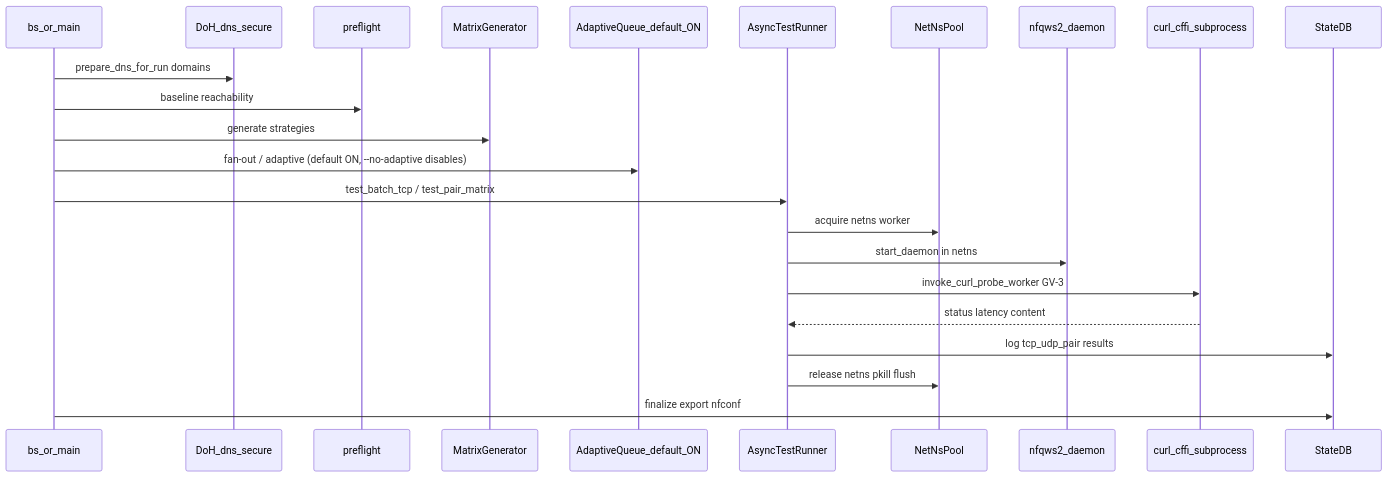
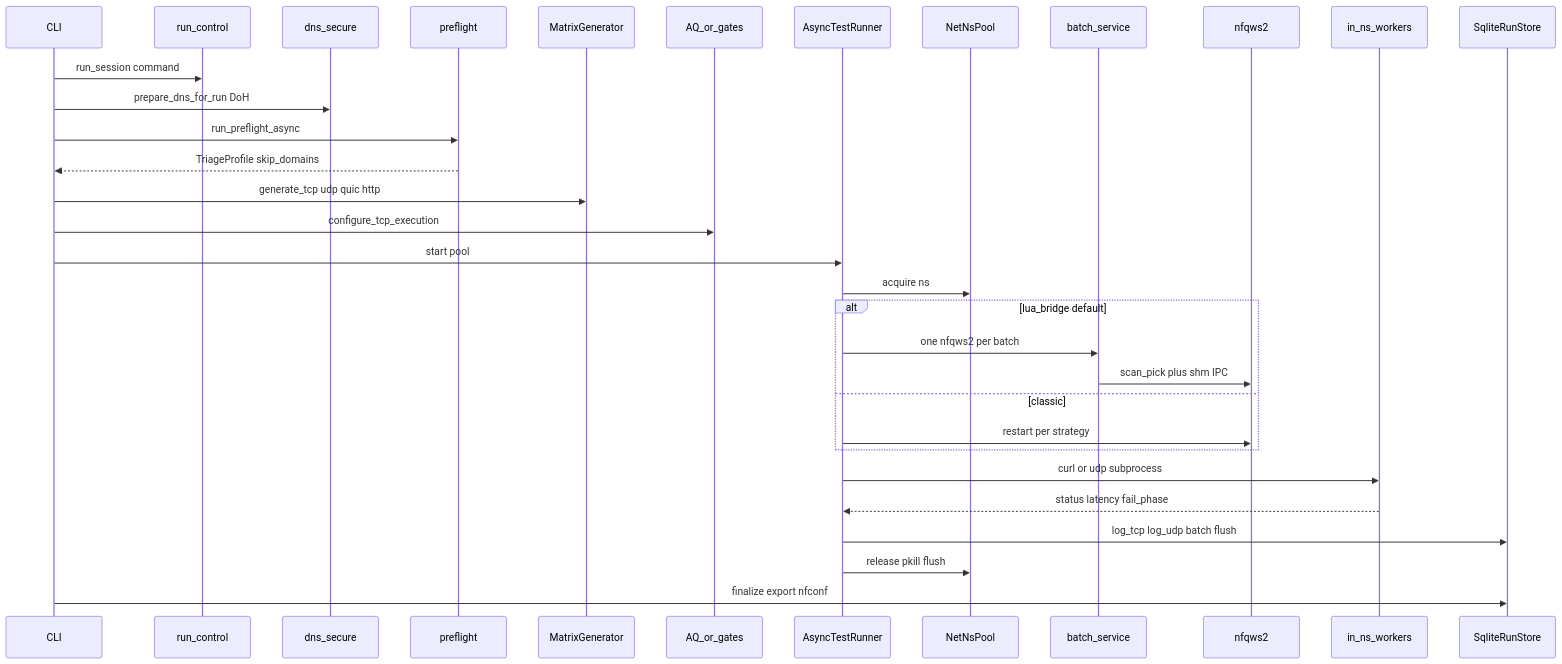
Before and after one commit to zhoel-sherk/blockcheckS: the second of 7 diagrams in docs/architecture.md, drawn with Mermaid. The commit also changed other lines of this file and 79 other files, not shown here.

````diff
--- a/docs/architecture.md
+++ b/docs/architecture.md
@@ -7,26 +101,35 @@
 ```mermaid
 sequenceDiagram
-  participant CLI as bs_or_main
-  participant DNS as DoH_dns_secure
+  participant CLI as CLI
+  participant Lock as run_control
+  participant DNS as dns_secure
   participant PF as preflight
   participant MG as MatrixGenerator
-  participant AQ as AdaptiveQueue_default_ON
+  participant Sched as AQ_or_gates
   participant AR as AsyncTestRunner
-  participant NP as NetNsPool
-  participant NFQ as nfqws2_daemon
-  participant CURL as curl_cffi_subprocess
-  participant DB as StateDB
+  participant Pool as NetNsPool
+  participant Batch as batch_service
+  participant NFQ as nfqws2
+  participant W as in_ns_workers
+  participant DB as SqliteRunStore
 
-  CLI->>DNS: prepare_dns_for_run domains
-  CLI->>PF: baseline reachability
-  CLI->>MG: generate strategies
-  CLI->>AQ: fan-out / adaptive (default ON, --no-adaptive disables)
-  CLI->>AR: test_batch_tcp / test_pair_matrix
-  AR->>NP: acquire netns worker
-  AR->>NFQ: start_daemon in netns
-  AR->>CURL: invoke_curl_probe_worker GV-3
-  CURL-->>AR: status latency content
-  AR->>DB: log tcp_udp_pair results
-  AR->>NP: release netns pkill flush
+  CLI->>Lock: run_session command
+  CLI->>DNS: prepare_dns_for_run DoH
+  CLI->>PF: run_preflight_async
+  PF-->>CLI: TriageProfile skip_domains
+  CLI->>MG: generate_tcp udp quic http
+  CLI->>Sched: configure_tcp_execution
+  CLI->>AR: start pool
+  AR->>Pool: acquire ns
+  alt lua_bridge default
+    AR->>Batch: one nfqws2 per batch
+    Batch->>NFQ: scan_pick plus shm IPC
+  else classic
+    AR->>NFQ: restart per strategy
+  end
+  AR->>W: curl or udp subprocess
+  W-->>AR: status latency fail_phase
+  AR->>DB: log_tcp log_udp batch flush
+  AR->>Pool: release pkill flush
   CLI->>DB: finalize export nfconf
 ```
````
